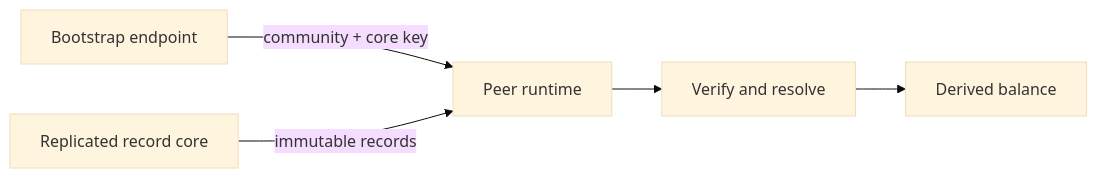
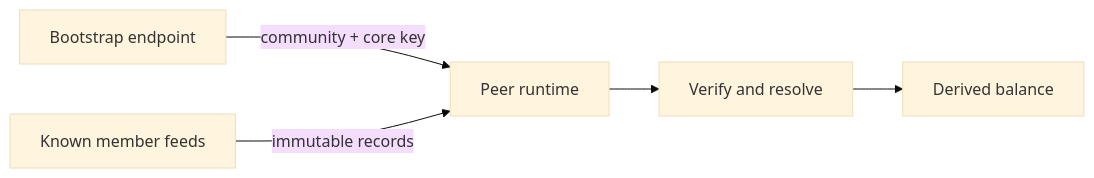
Before and after one commit to matthewlovestocode/peer-hours: the diagram in docs/education/12-bootstrap-is-not-central-authority.md, drawn with Mermaid (base theme). The commit also changed other lines of this file and 39 other files, not shown here.

````diff
--- a/docs/education/12-bootstrap-is-not-central-authority.md
+++ b/docs/education/12-bootstrap-is-not-central-authority.md
@@ -19,7 +19,7 @@
 ```mermaid
 flowchart LR
   B["Bootstrap endpoint"] -->|"community + core key"| R["Peer runtime"]
-  C["Replicated record core"] -->|"immutable records"| R
+  C["Known member feeds"] -->|"immutable records"| R
   R --> V["Verify and resolve"]
   V --> L["Derived balance"]
 ```
````
